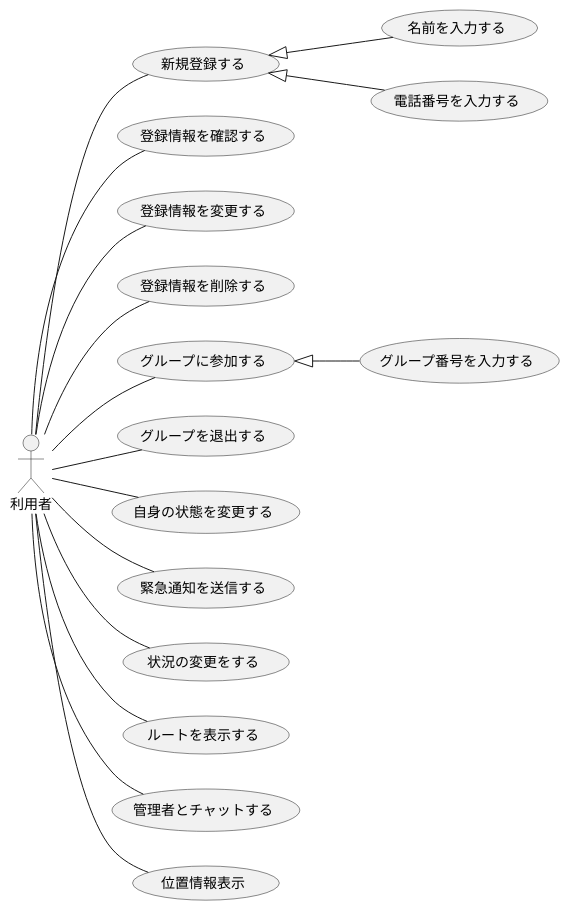
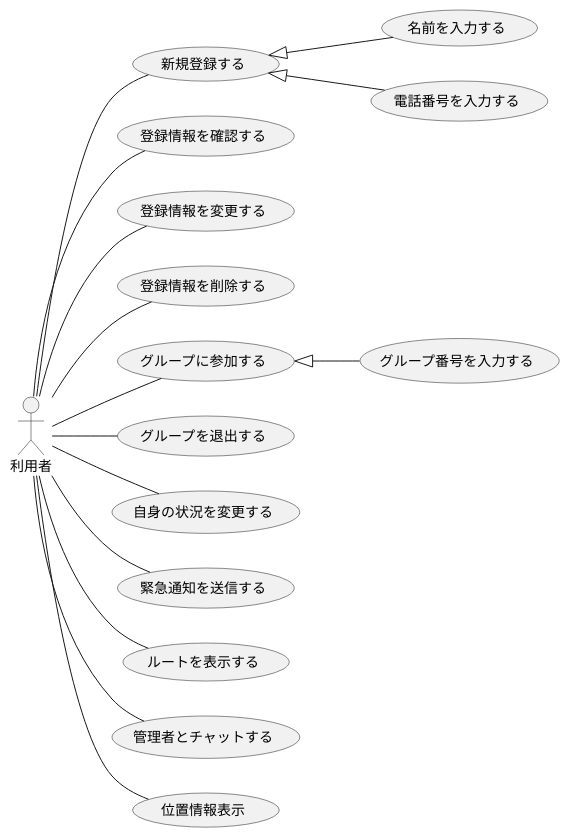
Before and after one commit to ksw2270227/GroupF: the diagram in F_usecase_user.plantuml, drawn with PlantUML. The commit also changed 1 other file, not shown here.

```diff
--- a/F_usecase_user.plantuml
+++ b/F_usecase_user.plantuml
@@ -1,25 +1,24 @@
 @startuml ユースケース
 
 left to right direction
 actor 利用者
 
 利用者 -- (新規登録する)
 利用者 -- (登録情報を確認する)
 利用者 -- (登録情報を変更する)
 利用者 -- (登録情報を削除する)
 利用者 -- (グループに参加する)
 利用者 -- (グループを退出する)
-利用者 -- (自身の状態を変更する)
+利用者 -- (自身の状況を変更する)
 利用者 -- (緊急通知を送信する)
-利用者 -- (状況の変更をする)
 利用者 -- (ルートを表示する)
 利用者 -- (管理者とチャットする)
 利用者 -- (位置情報表示)
 
 
 (新規登録する) <|-- (名前を入力する)
 (新規登録する) <|-- (電話番号を入力する)
 
 (グループに参加する) <|-- (グループ番号を入力する)
 
 @enduml
```
